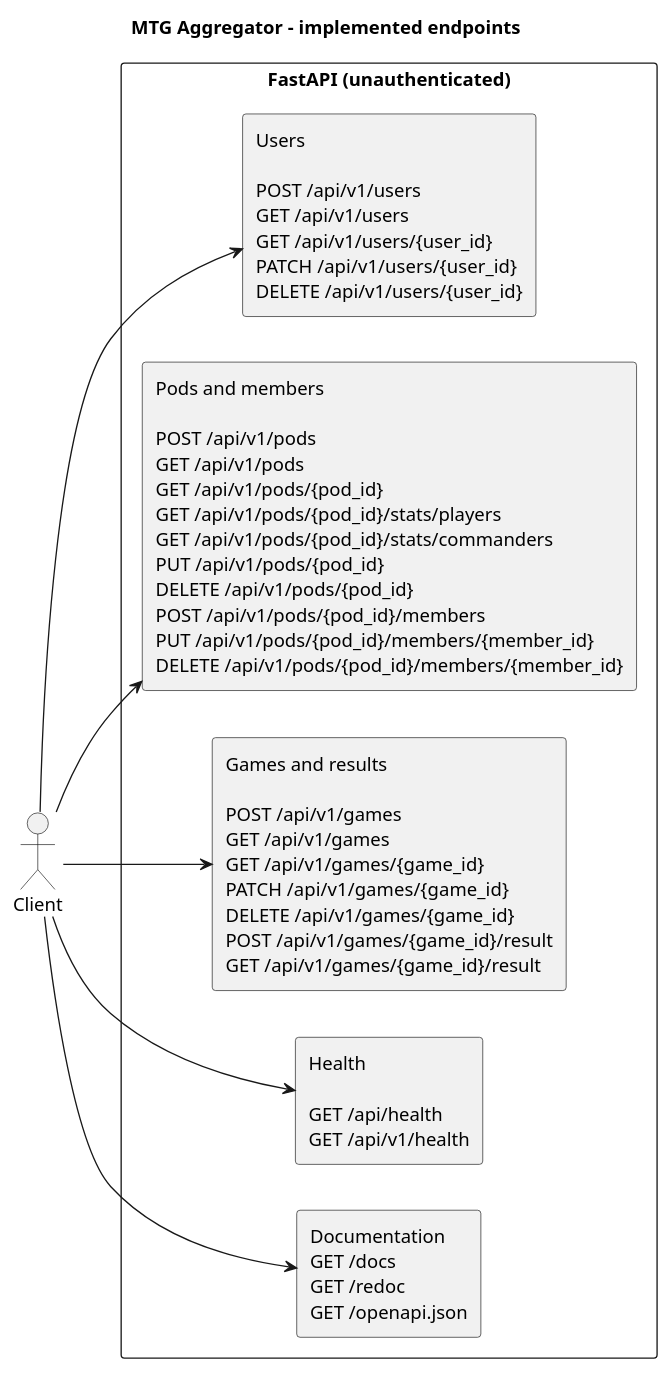
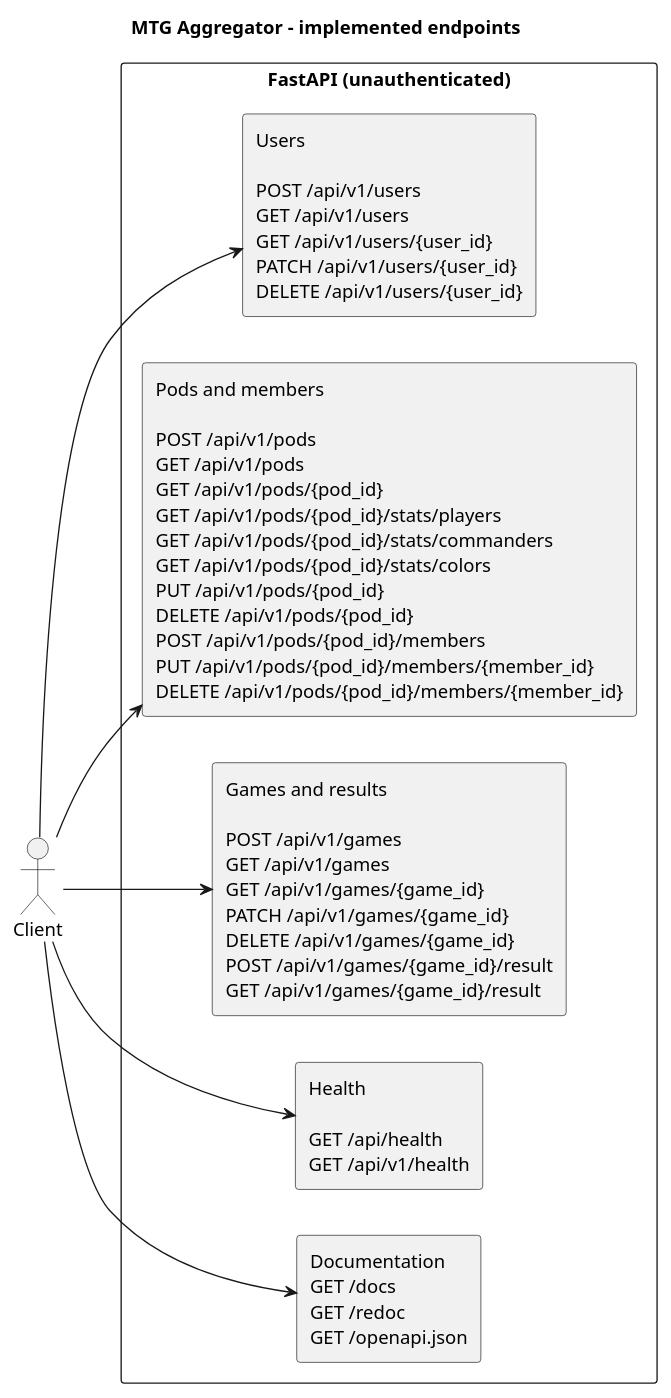
The diagram in server/docs/diagrams/endpoints.puml (ThaFishDance/mtg_agg), drawn with PlantUML before and after one commit. The commit also changed 13 other files, not shown here.

```diff
--- a/server/docs/diagrams/endpoints.puml
+++ b/server/docs/diagrams/endpoints.puml
@@ -1,17 +1,17 @@
 @startuml
 title MTG Aggregator - implemented endpoints
 left to right direction
 actor Client
 rectangle "FastAPI (unauthenticated)" {
 rectangle "Users\n\nPOST /api/v1/users\nGET /api/v1/users\nGET /api/v1/users/{user_id}\nPATCH /api/v1/users/{user_id}\nDELETE /api/v1/users/{user_id}" as Users
-rectangle "Pods and members\n\nPOST /api/v1/pods\nGET /api/v1/pods\nGET /api/v1/pods/{pod_id}\nGET /api/v1/pods/{pod_id}/stats/players\nGET /api/v1/pods/{pod_id}/stats/commanders\nPUT /api/v1/pods/{pod_id}\nDELETE /api/v1/pods/{pod_id}\nPOST /api/v1/pods/{pod_id}/members\nPUT /api/v1/pods/{pod_id}/members/{member_id}\nDELETE /api/v1/pods/{pod_id}/members/{member_id}" as Pods
+rectangle "Pods and members\n\nPOST /api/v1/pods\nGET /api/v1/pods\nGET /api/v1/pods/{pod_id}\nGET /api/v1/pods/{pod_id}/stats/players\nGET /api/v1/pods/{pod_id}/stats/commanders\nGET /api/v1/pods/{pod_id}/stats/colors\nPUT /api/v1/pods/{pod_id}\nDELETE /api/v1/pods/{pod_id}\nPOST /api/v1/pods/{pod_id}/members\nPUT /api/v1/pods/{pod_id}/members/{member_id}\nDELETE /api/v1/pods/{pod_id}/members/{member_id}" as Pods
 rectangle "Games and results\n\nPOST /api/v1/games\nGET /api/v1/games\nGET /api/v1/games/{game_id}\nPATCH /api/v1/games/{game_id}\nDELETE /api/v1/games/{game_id}\nPOST /api/v1/games/{game_id}/result\nGET /api/v1/games/{game_id}/result" as Games
 rectangle "Health\n\nGET /api/health\nGET /api/v1/health" as Health
 rectangle "Documentation\nGET /docs\nGET /redoc\nGET /openapi.json" as Docs
 }
 Client --> Users
 Client --> Pods
 Client --> Games
 Client --> Health
 Client --> Docs
 @enduml
```
